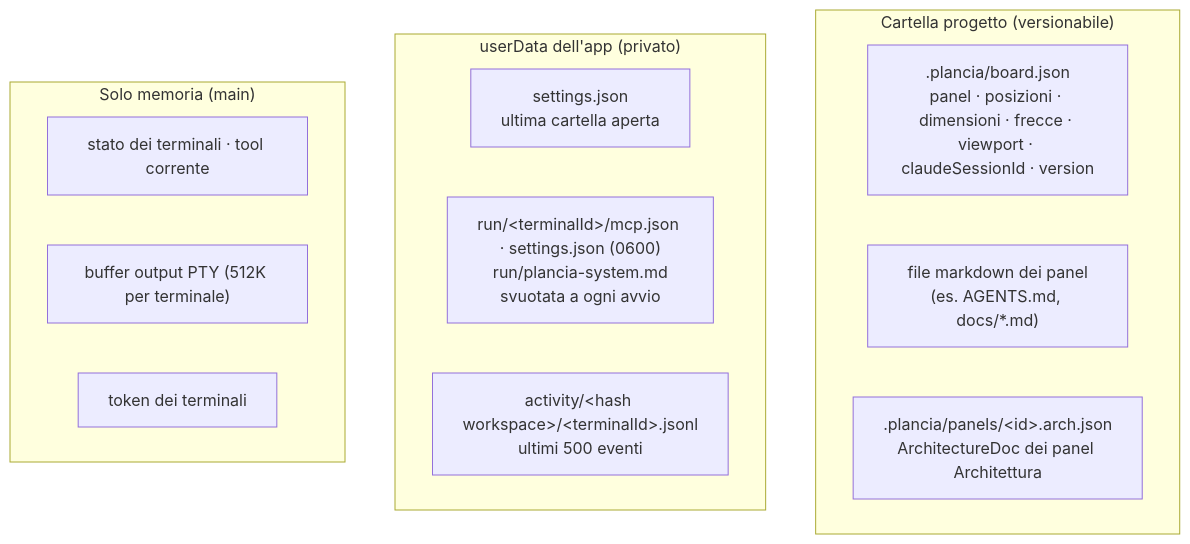
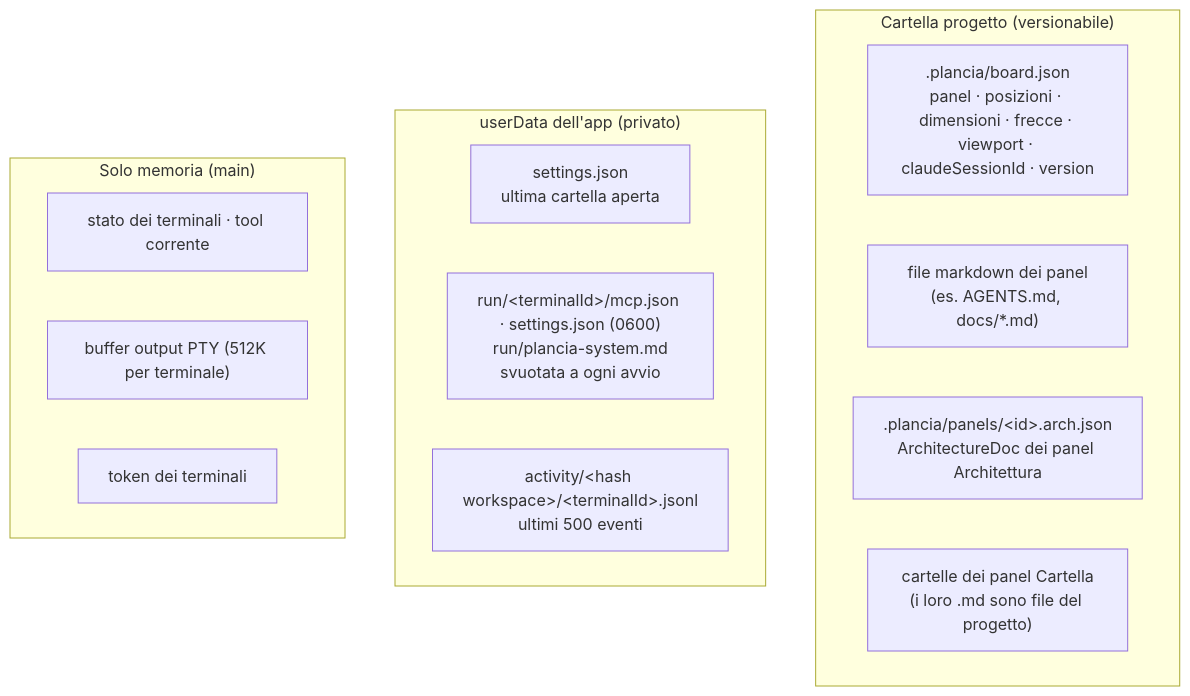
Diagram 15 of 16 in ARCHITECTURE.md (Marco-Pagnanini/OpenPlancia), drawn with Mermaid before and after one commit. The commit also changed other lines of this file and 33 other files, not shown here.

````diff
--- a/ARCHITECTURE.md
+++ b/ARCHITECTURE.md
@@ -463,18 +496,19 @@
 ```mermaid
 flowchart TB
   subgraph PRJ["Cartella progetto (versionabile)"]
     BJ[".plancia/board.json<br/>panel · posizioni · dimensioni · frecce · viewport · claudeSessionId · version"]
     MDF["file markdown dei panel<br/>(es. AGENTS.md, docs/*.md)"]
     ARF[".plancia/panels/&lt;id&gt;.arch.json<br/>ArchitectureDoc dei panel Architettura"]
+    DIRF["cartelle dei panel Cartella<br/>(i loro .md sono file del progetto)"]
   end
   subgraph UD["userData dell'app (privato)"]
     SET["settings.json<br/>ultima cartella aperta"]
     RUN["run/&lt;terminalId&gt;/mcp.json · settings.json (0600)<br/>run/plancia-system.md<br/>svuotata a ogni avvio"]
     ACTD["activity/&lt;hash workspace&gt;/&lt;terminalId&gt;.jsonl<br/>ultimi 500 eventi"]
   end
   subgraph MEM["Solo memoria (main)"]
     RT["stato dei terminali · tool corrente"]
     BUF["buffer output PTY (512K per terminale)"]
     TOK["token dei terminali"]
   end
 ```
````
